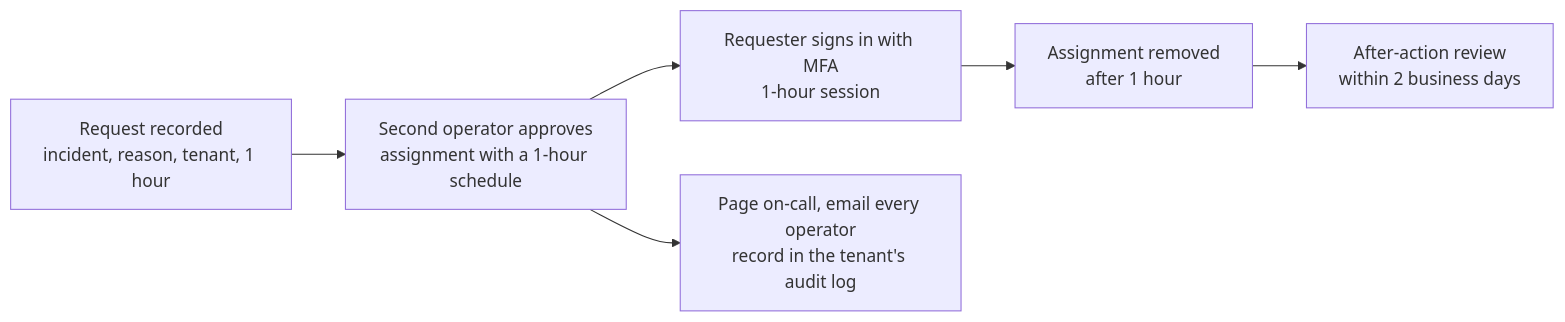
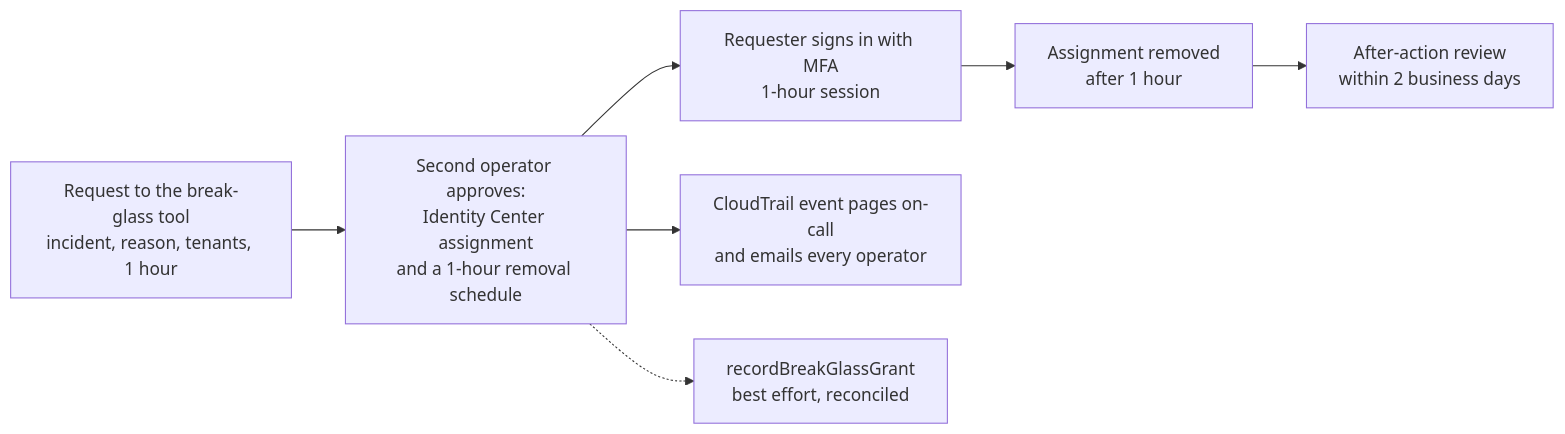
The second of 2 diagrams in docs/security/authn-authz.md (codewithmuh/secure-file-transfer), drawn with Mermaid before and after one commit. The commit also changed other lines of this file, not shown here.

````diff
--- a/docs/security/authn-authz.md
+++ b/docs/security/authn-authz.md
@@ -616,9 +834,10 @@
 ```mermaid
 flowchart LR
-    req["Request recorded<br/>incident, reason, tenant, 1 hour"] --> appr
-    appr["Second operator approves<br/>assignment with a 1-hour schedule"]
+    req["Request to the break-glass tool<br/>incident, reason, tenants, 1 hour"] --> appr
+    appr["Second operator approves:<br/>Identity Center assignment<br/>and a 1-hour removal schedule"]
     appr --> use["Requester signs in with MFA<br/>1-hour session"]
-    appr --> alert["Page on-call, email every operator<br/>record in the tenant's audit log"]
+    appr --> alert["CloudTrail event pages on-call<br/>and emails every operator"]
+    appr -.-> rec["recordBreakGlassGrant<br/>best effort, reconciled"]
     use --> expire["Assignment removed<br/>after 1 hour"]
     expire --> review["After-action review<br/>within 2 business days"]
 ```
````
